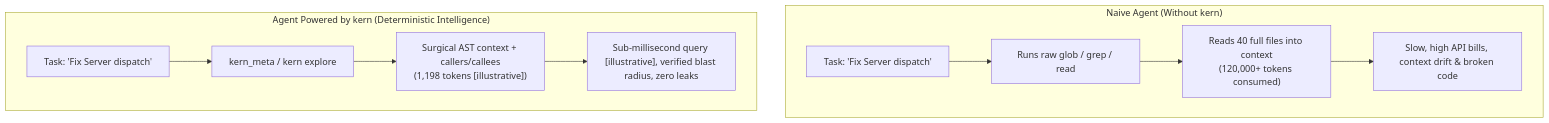
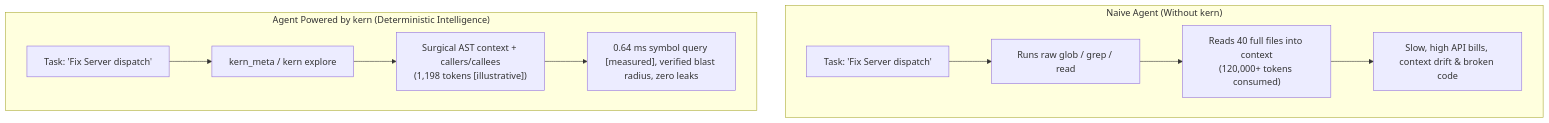
Before and after one commit to JayveerPrajapati/kern: the first of 2 diagrams in README.md, drawn with Mermaid. The commit also changed other lines of this file and 279 other files, not shown here.

````diff
--- a/README.md
+++ b/README.md
@@ -53,14 +53,14 @@
 ```mermaid
 flowchart TD
     subgraph Standard_Agent["Naive Agent (Without kern)"]
         A1["Task: 'Fix Server dispatch'"] --> B1["Runs raw glob / grep / read"]
         B1 --> C1["Reads 40 full files into context<br/>(120,000+ tokens consumed)"]
         C1 --> D1["Slow, high API bills, context drift & broken code"]
     end
 
     subgraph Kern_Agent["Agent Powered by kern (Deterministic Intelligence)"]
         A2["Task: 'Fix Server dispatch'"] --> B2["kern_meta / kern explore"]
         B2 --> C2["Surgical AST context + callers/callees<br/>(1,198 tokens [illustrative])"]
-        C2 --> D2["Sub-millisecond query [illustrative], verified blast radius, zero leaks"]
+        C2 --> D2["0.64 ms symbol query [measured], verified blast radius, zero leaks"]
     end
 ```
````
